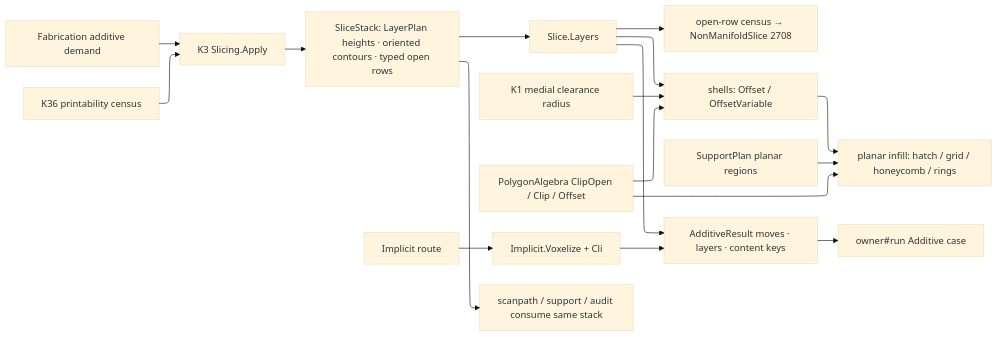
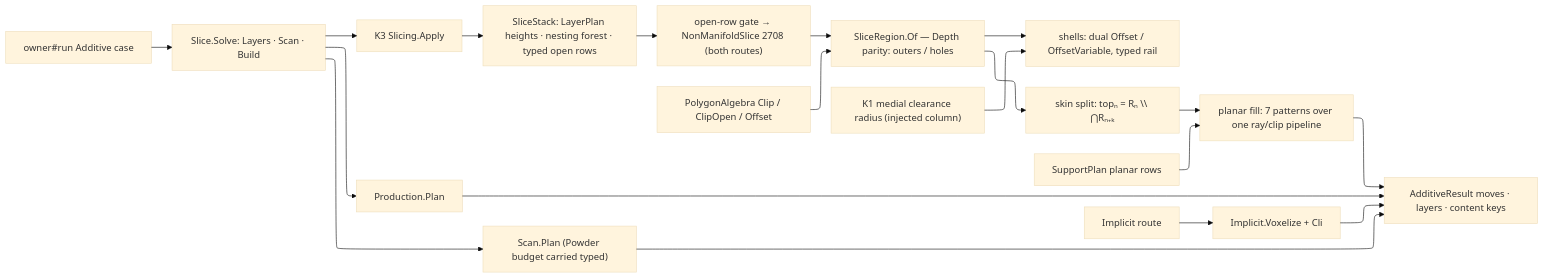
The diagram in libs/csharp/Rasm.Fabrication/.planning/Additive/slicing.md (bsamiee/Rasm), drawn with Mermaid before and after one commit. The commit also changed other lines of this file and 79 other files, not shown here.

First line of the commit message:
snapshot: rebuild run mid-Build (impl landed, crit running) + fleet telemetry retrofit + rebuild-next observation fixes

````diff
--- a/libs/csharp/Rasm.Fabrication/.planning/Additive/slicing.md
+++ b/libs/csharp/Rasm.Fabrication/.planning/Additive/slicing.md
@@ -326,24 +463,26 @@
 ```mermaid
 ---
 config:
   layout: elk
   theme: base
 ---
 flowchart LR
-    Demand["Fabrication additive demand"] --> Kernel["K3 Slicing.Apply"]
-    Kernel --> Stack["SliceStack: LayerPlan heights · oriented contours · typed open rows"]
-    Stack --> Slice["Slice.Layers"]
-    Slice --> Open["open-row census → NonManifoldSlice 2708"]
-    Slice --> Shells["shells: Offset / OffsetVariable"]
-    K1["K1 medial clearance radius"] --> Shells
-    Shells --> Infill["planar infill: hatch / grid / honeycomb / rings"]
-    Support["SupportPlan planar regions"] --> Infill
-    Algebra["PolygonAlgebra ClipOpen / Clip / Offset"] --> Shells
-    Algebra --> Infill
+    Demand["owner#run Additive case"] --> Solve["Slice.Solve: Layers · Scan · Build"]
+    Solve --> Kernel["K3 Slicing.Apply"]
+    Kernel --> Stack["SliceStack: LayerPlan heights · nesting forest · typed open rows"]
+    Stack --> Gate["open-row gate → NonManifoldSlice 2708 (both routes)"]
+    Gate --> Region["SliceRegion.Of — Depth parity: outers / holes"]
+    Region --> Shells["shells: dual Offset / OffsetVariable, typed rail"]
+    K1["K1 medial clearance radius (injected column)"] --> Shells
+    Region --> SkinN["skin split: topₙ = Rₙ \\ ⋂Rₙ₊ₖ"]
+    SkinN --> Infill["planar fill: 7 patterns over one ray/clip pipeline"]
+    Support["SupportPlan planar rows"] --> Infill
+    Algebra["PolygonAlgebra Clip / ClipOpen / Offset"] --> Region
     ImplicitRoute["Implicit route"] --> Implicit["Implicit.Voxelize + Cli"]
-    Slice --> Result["AdditiveResult moves · layers · content keys"]
+    Solve --> ScanLane["Scan.Plan (Powder budget carried typed)"]
+    Infill --> Result["AdditiveResult moves · layers · content keys"]
     Implicit --> Result
-    K36["K36 printability census"] --> Kernel
-    Result --> Owner["owner#run Additive case"]
-    Stack --> Scan["scanpath / support / audit consume same stack"]
+    ScanLane --> Result
+    Solve --> Build["Production.Plan"]
+    Build --> Result
 ```
````
